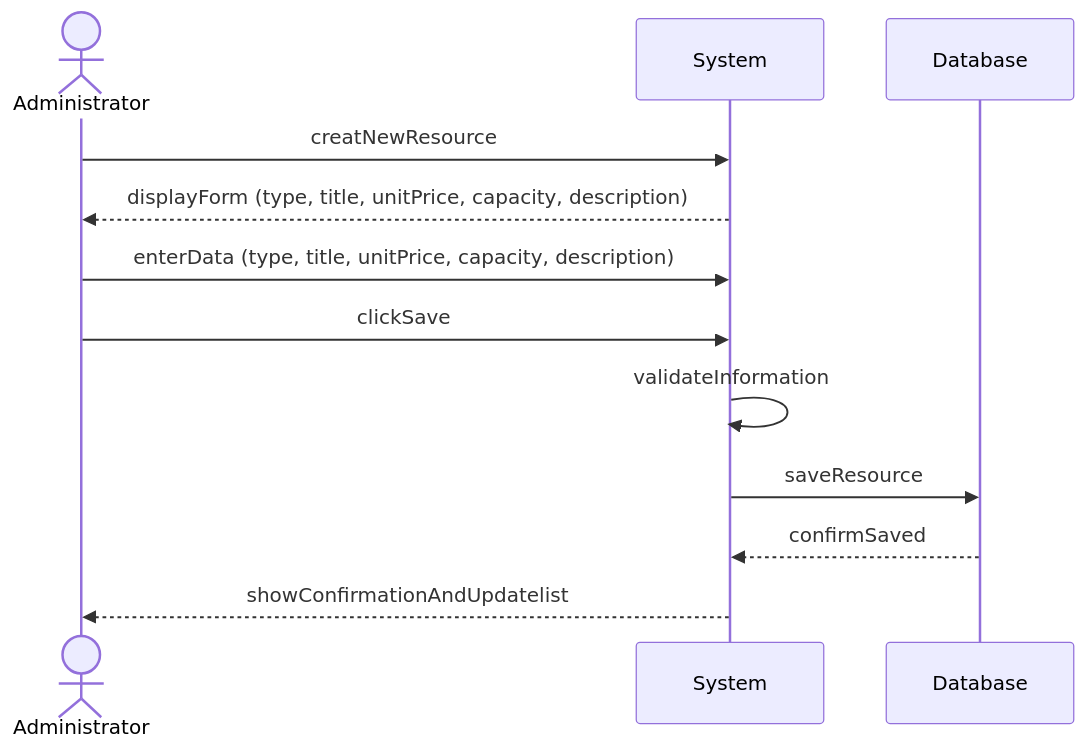
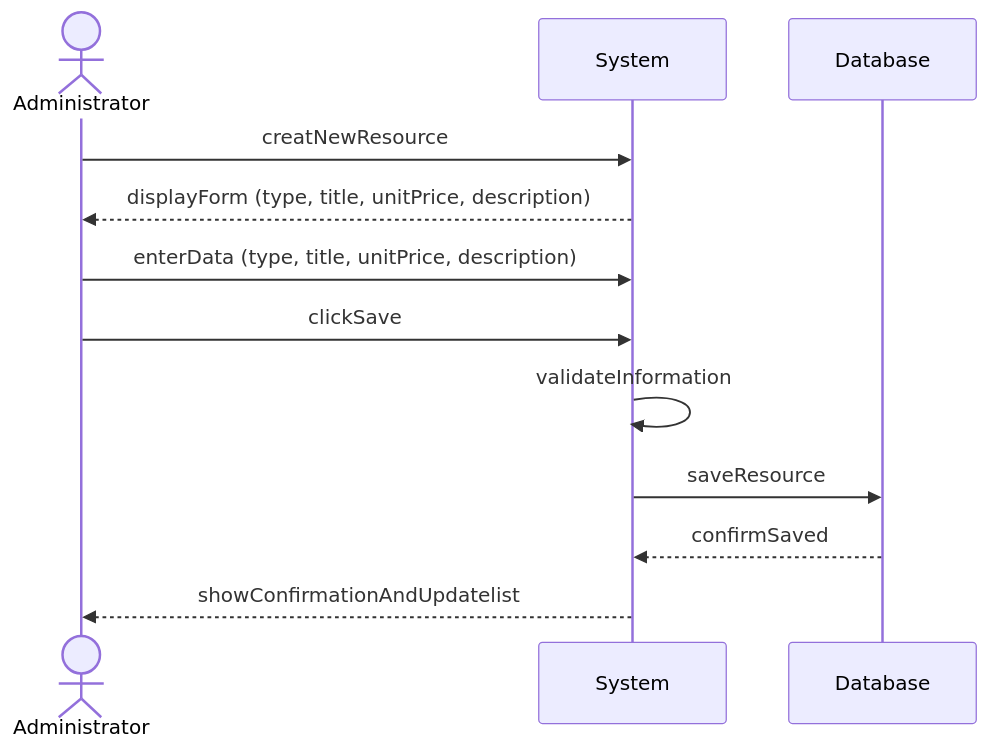
The diagram in SDUC1.mmd (CecilieSM/Snekken), drawn with Mermaid before and after one commit.

Commit message:
Remove capacity in SD

```diff
--- a/SDUC1.mmd
+++ b/SDUC1.mmd
@@ -1,12 +1,12 @@
 sequenceDiagram
     actor Administrator
     participant System
 
     Administrator->>System: creatNewResource
-    System-->>Administrator: displayForm (type, title, unitPrice, capacity, description)
-    Administrator->>System: enterData (type, title, unitPrice, capacity, description)
+    System-->>Administrator: displayForm (type, title, unitPrice, description)
+    Administrator->>System: enterData (type, title, unitPrice, description)
     Administrator->>System: clickSave
     System->>System: validateInformation
     System->>Database: saveResource
     Database-->>System: confirmSaved
     System-->>Administrator: showConfirmationAndUpdatelist
```
